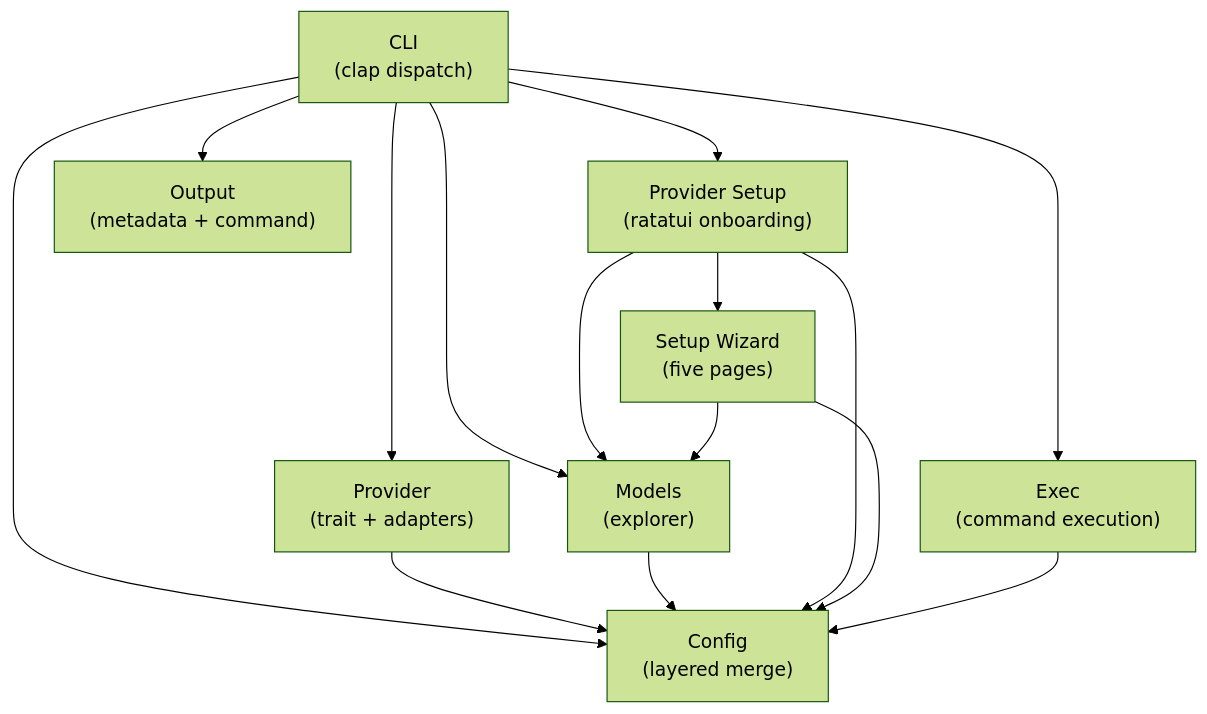
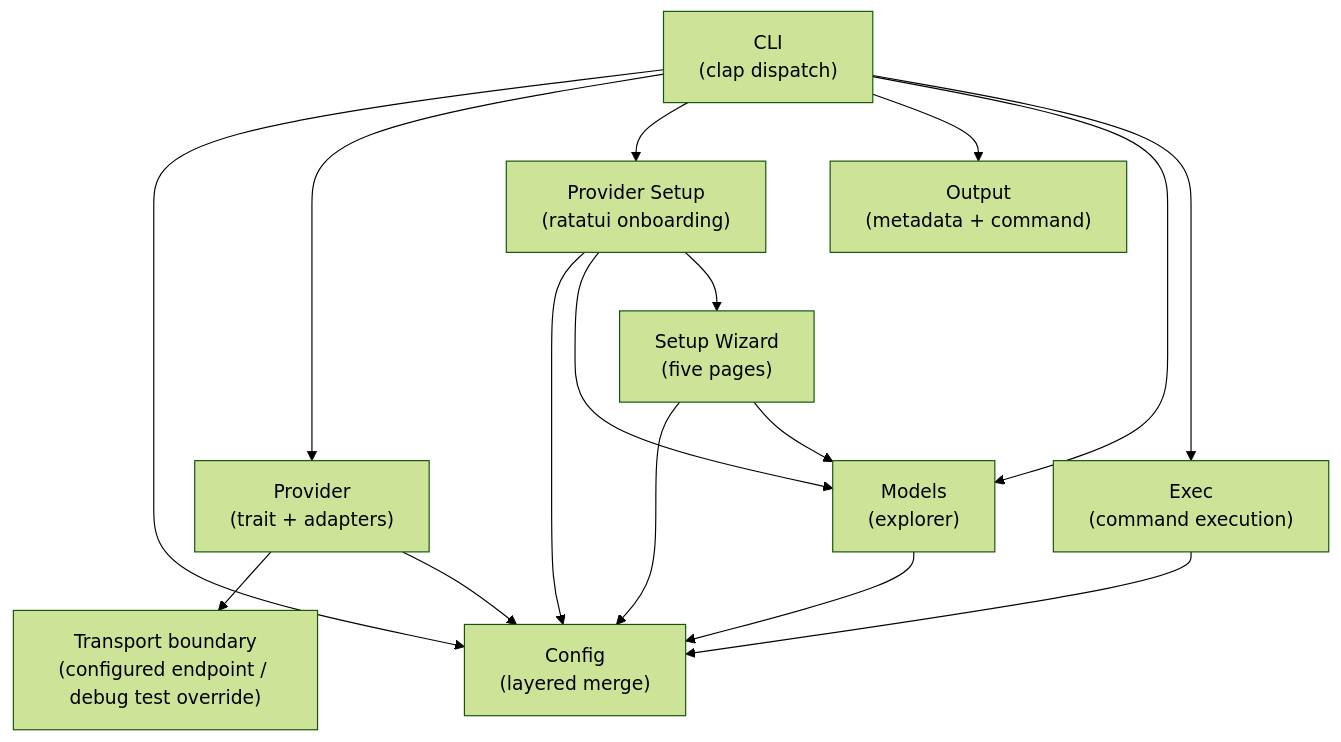
Before and after one commit to buster/watn: the diagram in docs/arc42/05-building-block-view.md, drawn with Mermaid (forest theme). The commit also changed other lines of this file and 25 other files, not shown here.

Commit message:
test(transport): Provider readiness ignores the test routing setting

````diff
--- a/docs/arc42/05-building-block-view.md
+++ b/docs/arc42/05-building-block-view.md
@@ -5,26 +5,28 @@
 ```mermaid
 graph TB
     CLI["CLI<br/>(clap dispatch)"]
     Config["Config<br/>(layered merge)"]
     Provider["Provider<br/>(trait + adapters)"]
+    Transport["Transport boundary<br/>(configured endpoint / debug test override)"]
     Setup["Provider Setup<br/>(ratatui onboarding)"]
     Wizard["Setup Wizard<br/>(five pages)"]
     Output["Output<br/>(metadata + command)"]
     Models["Models<br/>(explorer)"]
     Exec["Exec<br/>(command execution)"]
 
     CLI --> Config
     CLI --> Provider
+    Provider --> Transport
     CLI --> Setup
     CLI --> Output
     CLI --> Models
     CLI --> Exec
     Provider --> Config
     Models --> Config
     Setup --> Config
     Setup --> Models
     Setup --> Wizard
     Wizard --> Config
     Wizard --> Models
     Exec --> Config
 ```
````
